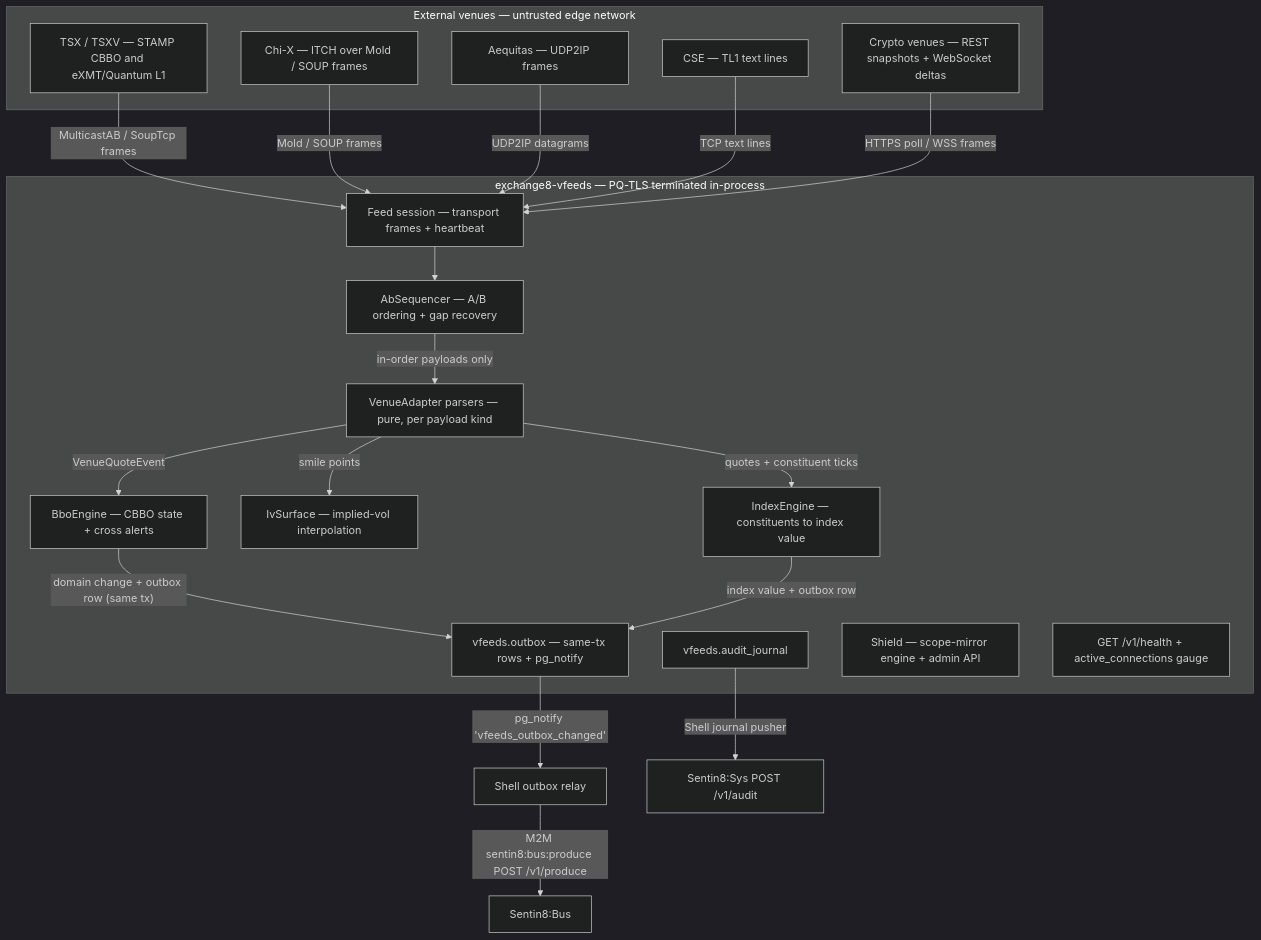
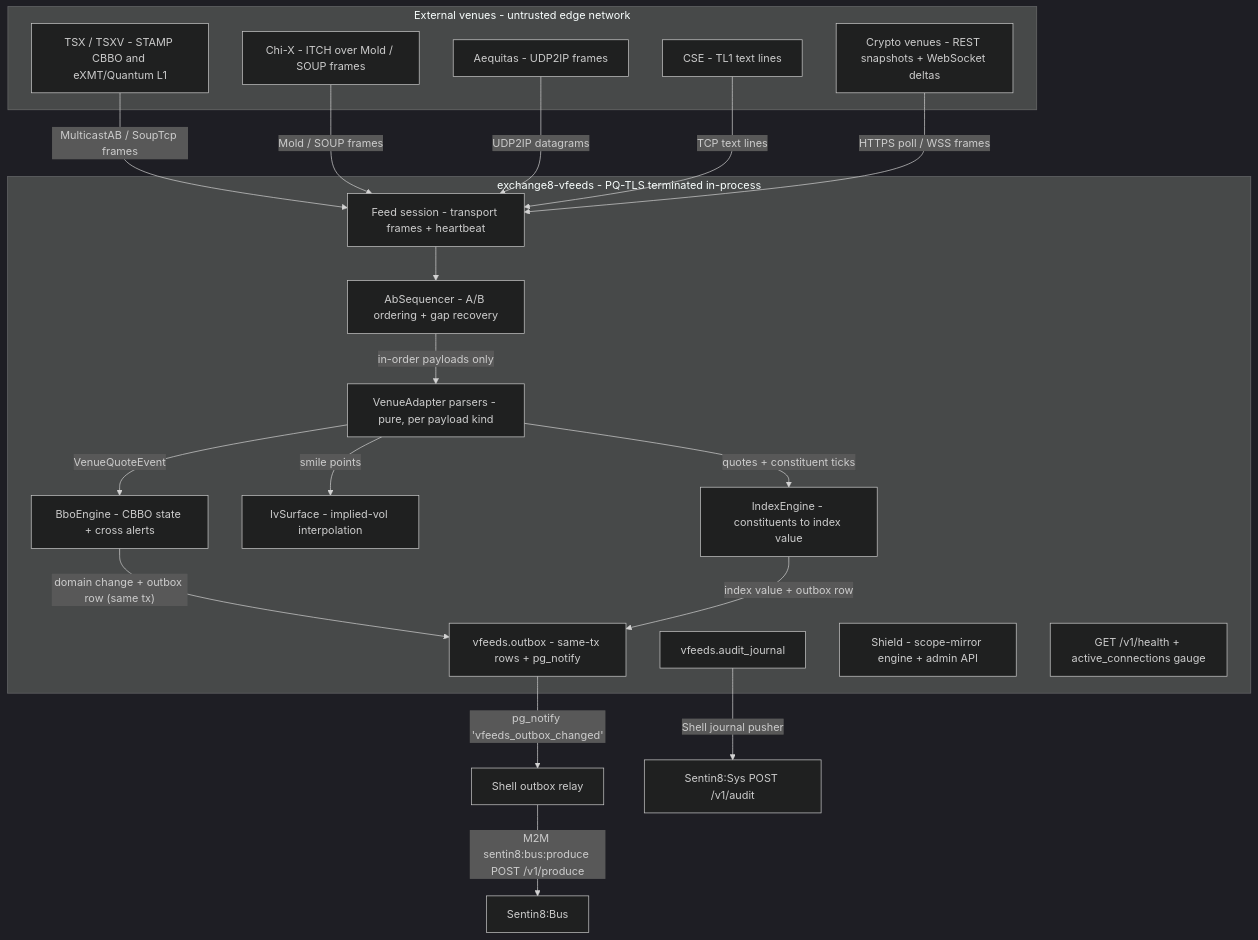
One commit to Exchange8-dev/exchange8-vfeeds changed the diagram in README.md. Above: the diagram before and after it, drawn with Mermaid (dark theme). The commit also changed other lines of this file and 19 other files, not shown here.

````diff
--- a/README.md
+++ b/README.md
@@ -65,39 +65,39 @@
 ```mermaid
 graph TD
-    subgraph VENUES["External venues — untrusted edge network"]
-        TSX["TSX / TSXV — STAMP CBBO and eXMT/Quantum L1"]
-        CHIX["Chi-X — ITCH over Mold / SOUP frames"]
-        AEQ["Aequitas — UDP2IP frames"]
-        CSE["CSE — TL1 text lines"]
-        CRYPTO["Crypto venues — REST snapshots + WebSocket deltas"]
+    subgraph VENUES["External venues - untrusted edge network"]
+        TSX["TSX / TSXV - STAMP CBBO and eXMT/Quantum L1"]
+        CHIX["Chi-X - ITCH over Mold / SOUP frames"]
+        AEQ["Aequitas - UDP2IP frames"]
+        CSE["CSE - TL1 text lines"]
+        CRYPTO["Crypto venues - REST snapshots + WebSocket deltas"]
     end
 
-    subgraph PROC["exchange8-vfeeds — PQ-TLS terminated in-process"]
-        SESS["Feed session — transport frames + heartbeat"]
-        SEQ["AbSequencer — A/B ordering + gap recovery"]
-        ADPT["VenueAdapter parsers — pure, per payload kind"]
-        BBOENG["BboEngine — CBBO state + cross alerts"]
-        IVS["IvSurface — implied-vol interpolation"]
-        IDXENG["IndexEngine — constituents to index value"]
-        OUTBOX["vfeeds.outbox — same-tx rows + pg_notify"]
+    subgraph PROC["exchange8-vfeeds - PQ-TLS terminated in-process"]
+        SESS["Feed session - transport frames + heartbeat"]
+        SEQ["AbSequencer - A/B ordering + gap recovery"]
+        ADPT["VenueAdapter parsers - pure, per payload kind"]
+        BBOENG["BboEngine - CBBO state + cross alerts"]
+        IVS["IvSurface - implied-vol interpolation"]
+        IDXENG["IndexEngine - constituents to index value"]
+        OUTBOX["vfeeds.outbox - same-tx rows + pg_notify"]
         JOURNAL["vfeeds.audit_journal"]
-        POLICY["Shield — scope-mirror engine + admin API"]
+        POLICY["Shield - scope-mirror engine + admin API"]
         HEALTH["GET /v1/health + active_connections gauge"]
     end
 
     TSX -- "MulticastAB / SoupTcp frames" --> SESS
     CHIX -- "Mold / SOUP frames" --> SESS
     AEQ -- "UDP2IP datagrams" --> SESS
     CSE -- "TCP text lines" --> SESS
     CRYPTO -- "HTTPS poll / WSS frames" --> SESS
     SESS --> SEQ
     SEQ -- "in-order payloads only" --> ADPT
     ADPT -- "VenueQuoteEvent" --> BBOENG
     ADPT -- "quotes + constituent ticks" --> IDXENG
     ADPT -- "smile points" --> IVS
     BBOENG -- "domain change + outbox row (same tx)" --> OUTBOX
     IDXENG -- "index value + outbox row" --> OUTBOX
     OUTBOX -- "pg_notify 'vfeeds_outbox_changed'" --> RELAY["Shell outbox relay"]
     JOURNAL -- "Shell journal pusher" --> SYS["Sentin8:Sys POST /v1/audit"]
     RELAY -- "M2M sentin8:bus:produce POST /v1/produce" --> BUS["Sentin8:Bus"]
 ```
````
